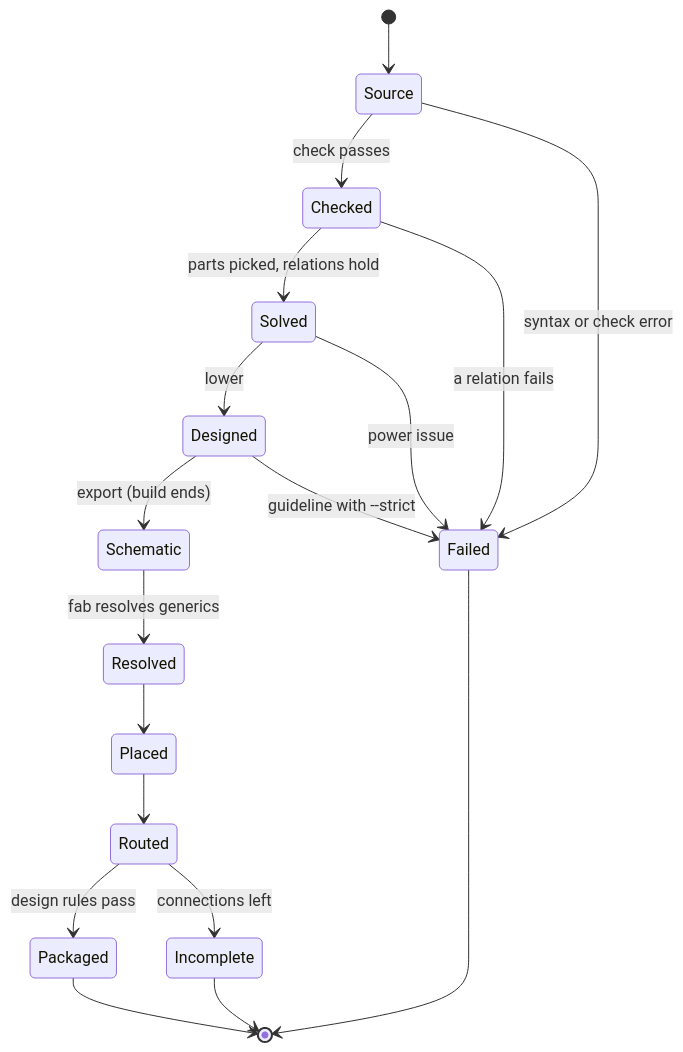
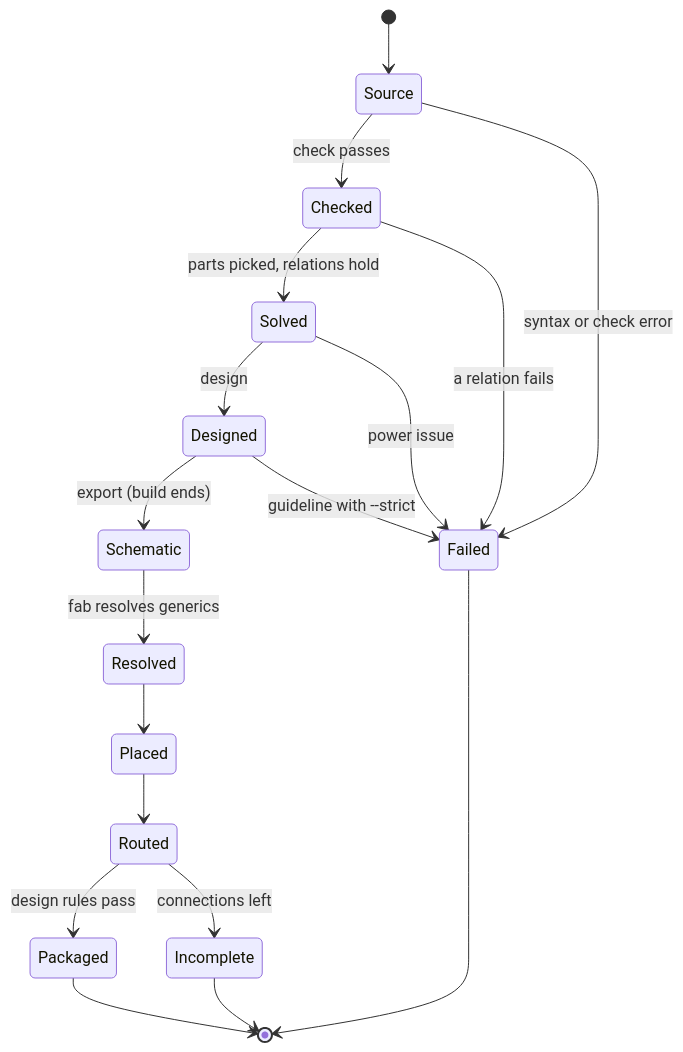
The third of 3 diagrams in docs/PIPELINE.md (noahdgrant/netsmith), drawn with Mermaid before and after one commit. The commit also changed other lines of this file, not shown here.

Commit message:
docs: the pipeline document uses the new name of the design stage (#314)

````diff
--- a/docs/PIPELINE.md
+++ b/docs/PIPELINE.md
@@ -106,20 +106,20 @@
 ```mermaid
 stateDiagram-v2
     [*] --> Source
     Source --> Checked: check passes
     Source --> Failed: syntax or check error
     Checked --> Solved: parts picked, relations hold
     Checked --> Failed: a relation fails
-    Solved --> Designed: lower
+    Solved --> Designed: design
     Solved --> Failed: power issue
     Designed --> Schematic: export (build ends)
     Designed --> Failed: guideline with --strict
     Schematic --> Resolved: fab resolves generics
     Resolved --> Placed
     Placed --> Routed
     Routed --> Packaged: design rules pass
     Routed --> Incomplete: connections left
     Packaged --> [*]
     Incomplete --> [*]
     Failed --> [*]
 ```
````
